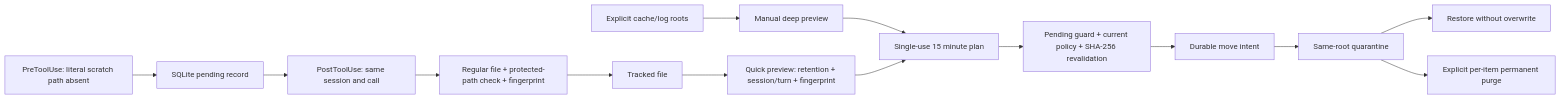
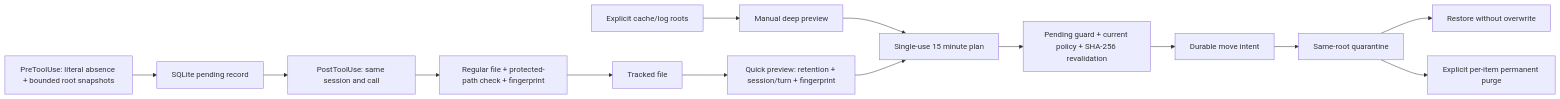
Before and after one commit to funtasy2333/codex-disk-cleanup: the diagram in docs/design.md, drawn with Mermaid. The commit also changed other lines of this file and 11 other files, not shown here.

````diff
--- a/docs/design.md
+++ b/docs/design.md
@@ -6,16 +6,16 @@
 ```mermaid
 flowchart LR
-  A[PreToolUse: literal scratch path absent] --> B[SQLite pending record]
+  A[PreToolUse: literal absence + bounded root snapshots] --> B[SQLite pending record]
   B --> C[PostToolUse: same session and call]
   C --> D[Regular file + protected-path check + fingerprint]
   D --> E[Tracked file]
   E --> F[Quick preview: retention + session/turn + fingerprint]
   G[Explicit cache/log roots] --> H[Manual deep preview]
   H --> I[Single-use 15 minute plan]
   F --> I
   I --> J[Pending guard + current policy + SHA-256 revalidation]
   J --> K[Durable move intent]
   K --> L[Same-root quarantine]
   L --> M[Restore without overwrite]
   L --> N[Explicit per-item permanent purge]
 ```
````
